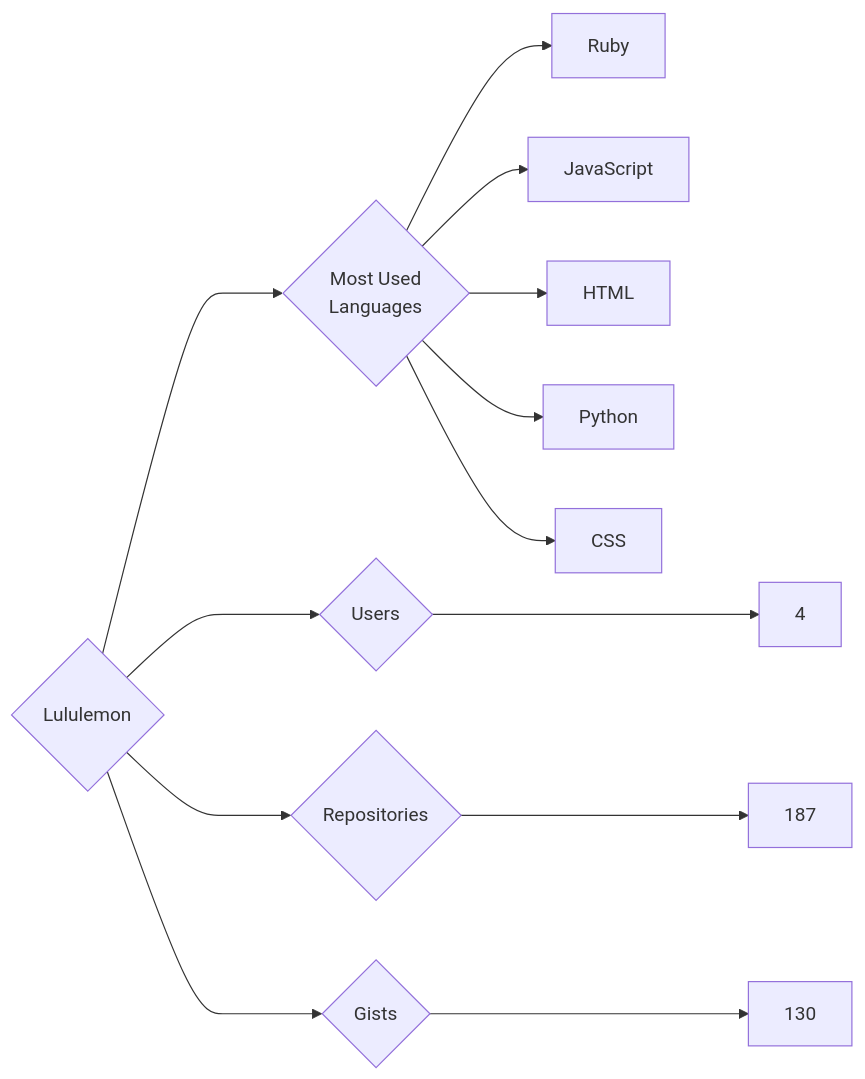
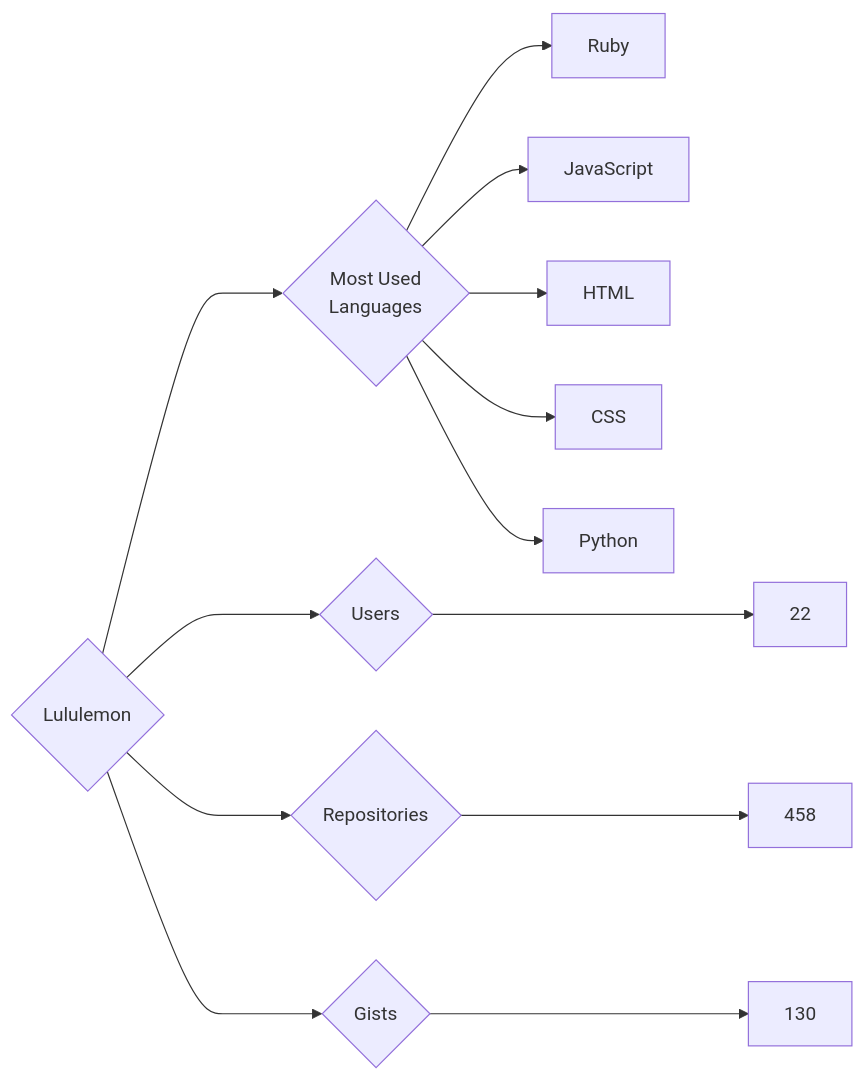
The diagram in targets/Lululemon/README.md (trickest/insiders), drawn with Mermaid before and after one commit. The commit also changed 912 other files, not shown here.

````diff
--- a/targets/Lululemon/README.md
+++ b/targets/Lululemon/README.md
@@ -3,13 +3,13 @@
 ```mermaid
 graph LR
 COMPANY_NAME{Lululemon}
-COMPANY_NAME ---> U{Users} ---> UN[4]
-COMPANY_NAME ---> R{Repositories} ---> RN[187]
+COMPANY_NAME ---> U{Users} ---> UN[22]
+COMPANY_NAME ---> R{Repositories} ---> RN[458]
 COMPANY_NAME ---> G{Gists} ---> GN[130]
 COMPANY_NAME ---> ML{Most Used<br>Languages}
 ML --> Ruby[Ruby]
 ML --> JavaScript[JavaScript]
 ML --> HTML[HTML]
+ML --> CSS[CSS]
 ML --> Python[Python]
-ML --> CSS[CSS]
 ```
````
